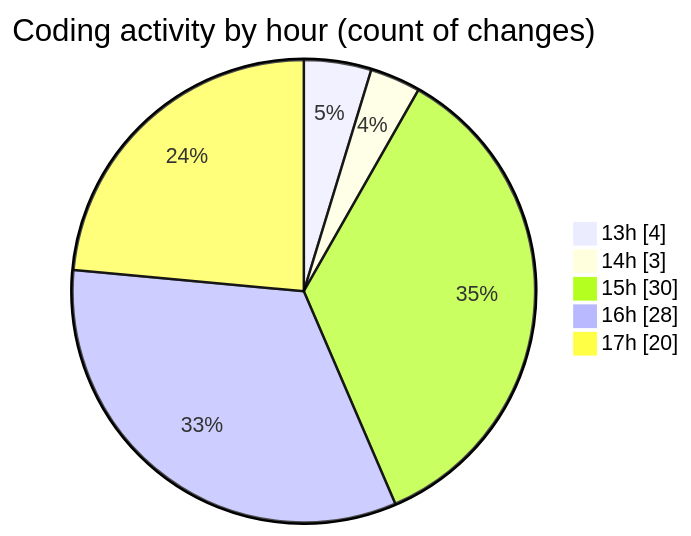
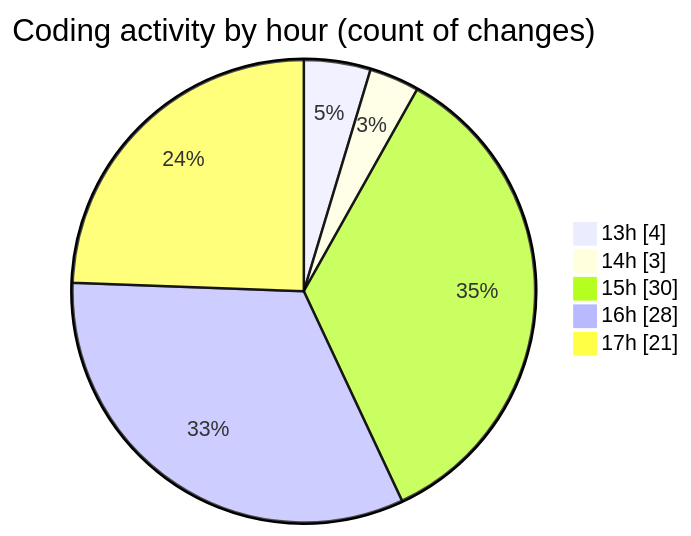
Before and after one commit to EIIisD/code-tracking: the second of 2 diagrams in 2025-08-11/ribbon/README.md, drawn with Mermaid. The commit also changed other lines of this file and 1 other file, not shown here.

````diff
--- a/2025-08-11/ribbon/README.md
+++ b/2025-08-11/ribbon/README.md
@@ -51,9 +51,9 @@
 ```mermaid
 pie showData
 title Coding activity by hour (count of changes)
 "13h" : 4
 "14h" : 3
 "15h" : 30
 "16h" : 28
-"17h" : 20
+"17h" : 21
 ```
````
